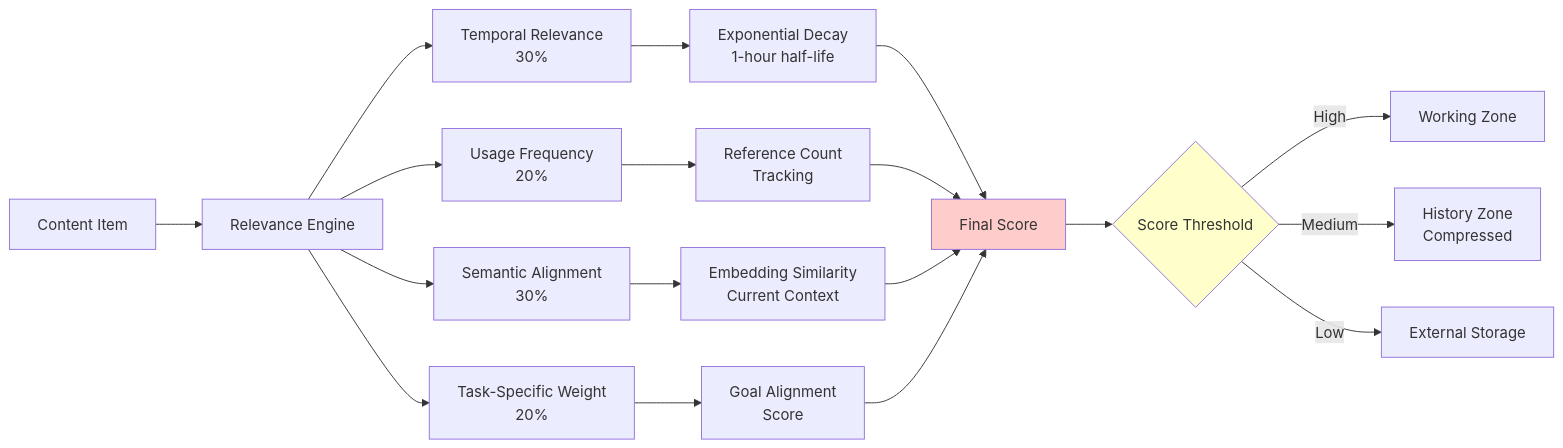
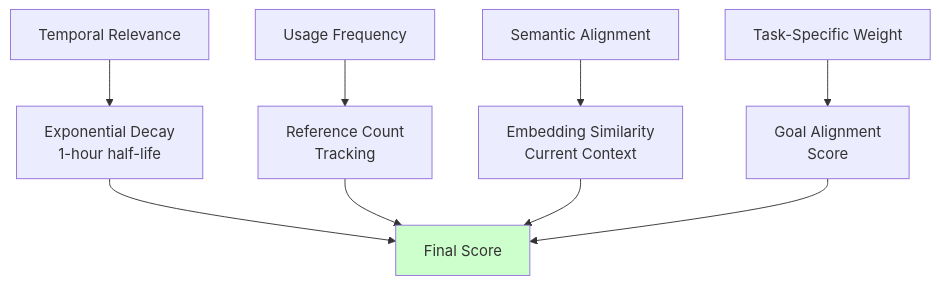
One commit to raphaelmansuy/digital_palace changed the fifth of 17 diagrams in reference/technical-articles/2025-06-29-context-management-llm-agents.md. Above: the diagram before and after it, drawn with Mermaid. The commit also changed other lines of this file, not shown here.

Commit message:
feat: enhance context management framework with additional Mermaid diagrams for improved clarity and structure

````diff
--- a/reference/technical-articles/2025-06-29-context-management-llm-agents.md
+++ b/reference/technical-articles/2025-06-29-context-management-llm-agents.md
@@ -153,27 +181,14 @@
 ```mermaid
-flowchart LR
-    A[Content Item] --> B[Relevance Engine]
+flowchart TD
+    A[Temporal Relevance] --> E[Exponential Decay<br/>1-hour half-life]
+    B[Usage Frequency] --> F[Reference Count<br/>Tracking]
+    C[Semantic Alignment] --> G[Embedding Similarity<br/>Current Context]
+    D[Task-Specific Weight] --> H[Goal Alignment<br/>Score]
     
-    B --> C[Temporal Relevance<br/>30%]
-    B --> D[Usage Frequency<br/>20%]
-    B --> E[Semantic Alignment<br/>30%]
-    B --> F[Task-Specific Weight<br/>20%]
+    E --> I[Final Score]
+    F --> I
+    G --> I
+    H --> I
     
-    C --> G[Exponential Decay<br/>1-hour half-life]
-    D --> H[Reference Count<br/>Tracking]
-    E --> I[Embedding Similarity<br/>Current Context]
-    F --> J[Goal Alignment<br/>Score]
-    
-    G --> K[Final Score]
-    H --> K
-    I --> K
-    J --> K
-    
-    K --> L{Score Threshold}
-    L -->|High| M[Working Zone]
-    L -->|Medium| N[History Zone<br/>Compressed]
-    L -->|Low| O[External Storage]
-    
-    style K fill:#ffcccc
-    style L fill:#ffffcc
+    style I fill:#ccffcc
 ```
````
